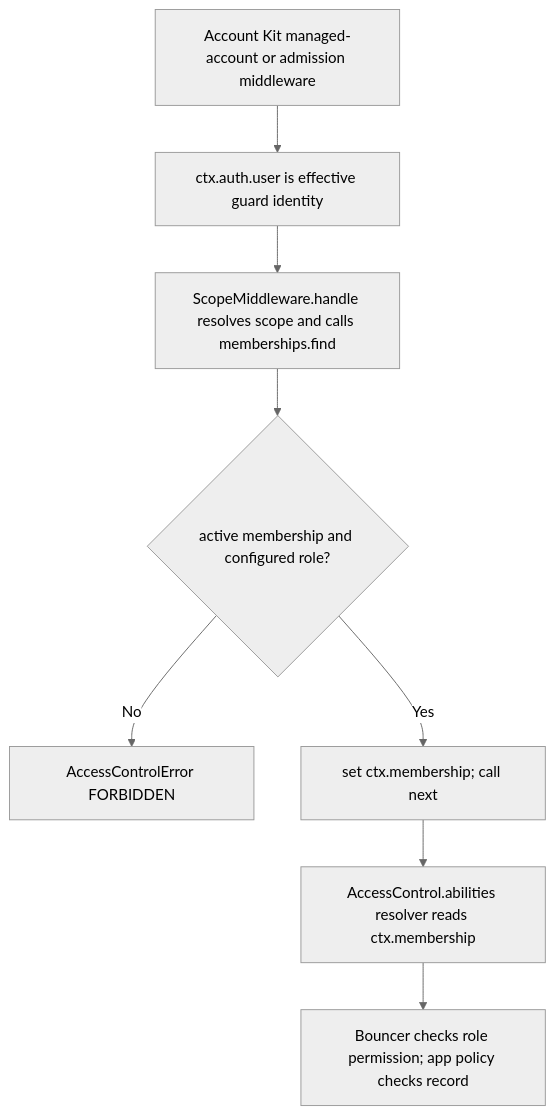
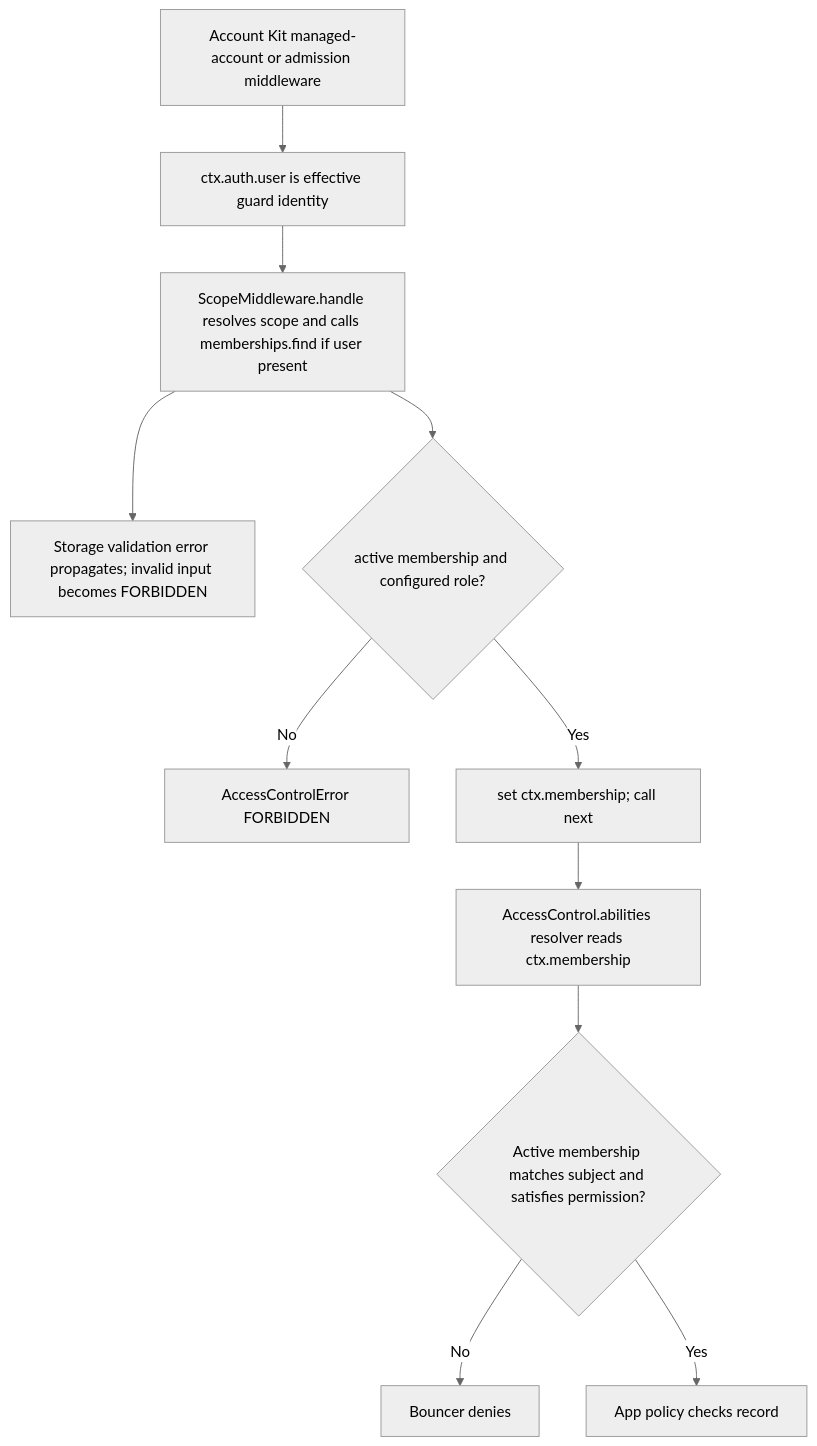
The second of 2 diagrams in user-stories/US-ACCESS-02-enter-scoped-route.md (Kevinjohn/oss-adonisjs-access-control), drawn with Mermaid (neutral theme) before and after one commit. The commit also changed other lines of this file and 31 other files, not shown here.

````diff
--- a/user-stories/US-ACCESS-02-enter-scoped-route.md
+++ b/user-stories/US-ACCESS-02-enter-scoped-route.md
@@ -37,10 +42,13 @@
 ```mermaid
 flowchart TD
     A["Account Kit managed-account or admission middleware"] --> B["ctx.auth.user is effective guard identity"]
-    B --> C["ScopeMiddleware.handle resolves scope and calls memberships.find"]
+    B --> C["ScopeMiddleware.handle resolves scope and calls memberships.find if user present"]
+    C --> X["Storage validation error propagates; invalid input becomes FORBIDDEN"]
     C --> D{"active membership and configured role?"}
     D -->|No| E["AccessControlError FORBIDDEN"]
     D -->|Yes| F["set ctx.membership; call next"]
     F --> G["AccessControl.abilities resolver reads ctx.membership"]
-    G --> H["Bouncer checks role permission; app policy checks record"]
+    G --> H{"Active membership matches subject and satisfies permission?"}
+    H -->|No| I["Bouncer denies"]
+    H -->|Yes| J["App policy checks record"]
 ```
````
